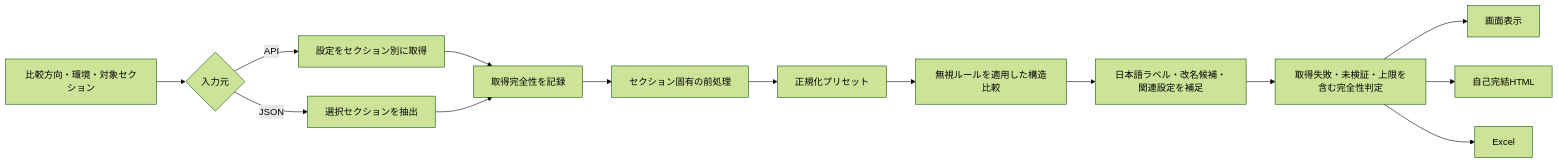
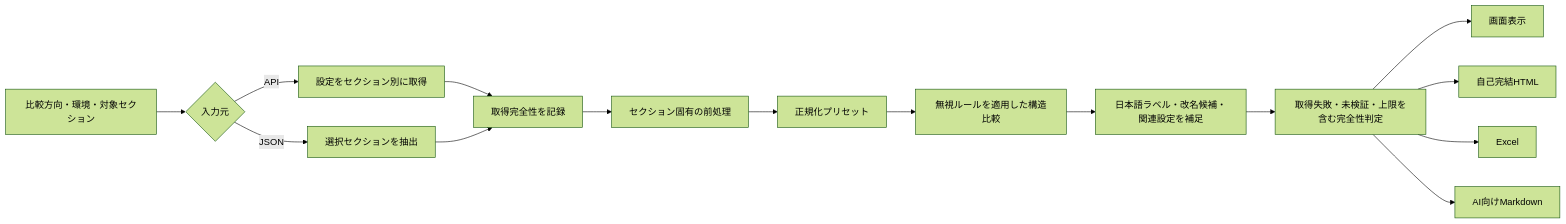
Before and after one commit to kawasakikenta/kintone-lite-suite: the diagram in docs/diff-comparison-logic.md, drawn with Mermaid (forest theme). The commit also changed other lines of this file and 39 other files, not shown here.

````diff
--- a/docs/diff-comparison-logic.md
+++ b/docs/diff-comparison-logic.md
@@ -50,16 +50,17 @@
 ```mermaid
 flowchart LR
     A[比較方向・環境・対象セクション] --> B{入力元}
     B -->|API| C[設定をセクション別に取得]
     B -->|JSON| D[選択セクションを抽出]
     C --> E[取得完全性を記録]
     D --> E
     E --> F[セクション固有の前処理]
     F --> G[正規化プリセット]
     G --> H[無視ルールを適用した構造比較]
     H --> I[日本語ラベル・改名候補・関連設定を補足]
     I --> J[取得失敗・未検証・上限を含む完全性判定]
     J --> K[画面表示]
     J --> L[自己完結HTML]
     J --> M[Excel]
+    J --> N[AI向けMarkdown]
 ```
````
